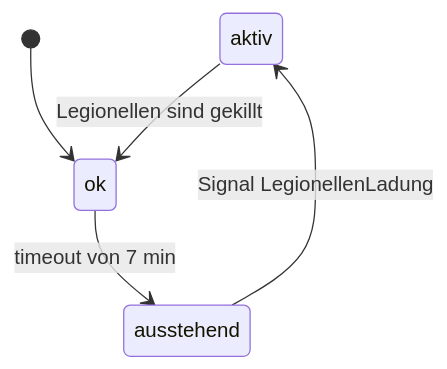
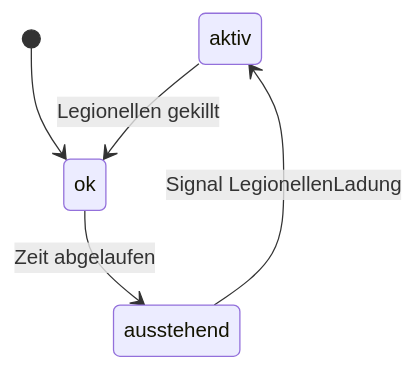
The diagram in steuerung_automatik/zero-software/doc/statemachine_HsmLegionellen.md (petermaerki/puenterswis_heizung_2023_git), drawn with Mermaid before and after one commit. The commit also changed 10 other files, not shown here.

````diff
--- a/steuerung_automatik/zero-software/doc/statemachine_HsmLegionellen.md
+++ b/steuerung_automatik/zero-software/doc/statemachine_HsmLegionellen.md
@@ -1,17 +1,17 @@
 ```mermaid
 stateDiagram-v2
     aktiv: aktiv
     state aktiv
 
     ausstehend: ausstehend
     state ausstehend
 
     ok: ok
     state ok
     [*] --> ok
 
     %% Transitions
-    aktiv --> ok: Legionellen sind gekillt
+    aktiv --> ok: Legionellen gekillt
     ausstehend --> aktiv: Signal LegionellenLadung
-    ok --> ausstehend: timeout von 7 min
+    ok --> ausstehend: Zeit abgelaufen
 ```
````
